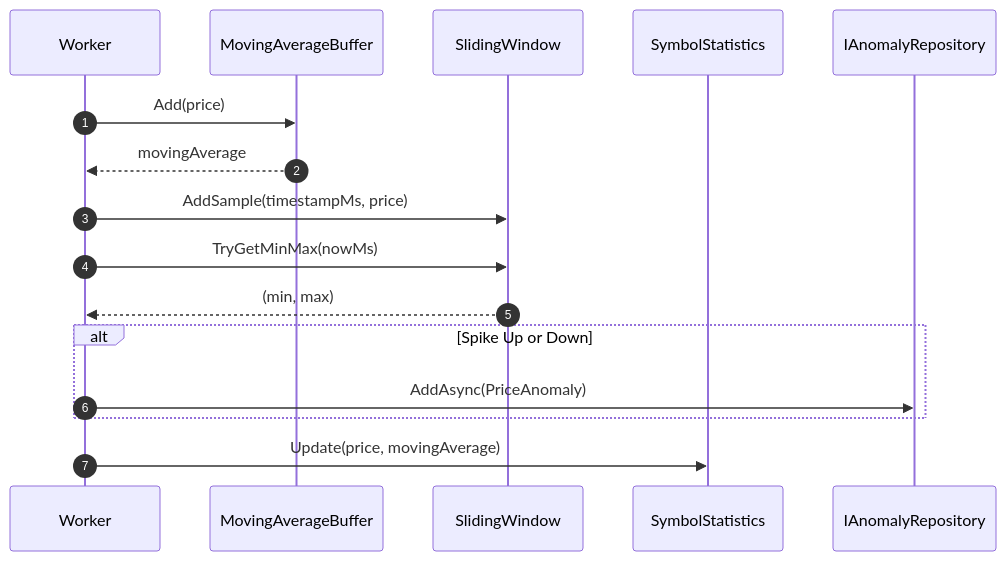
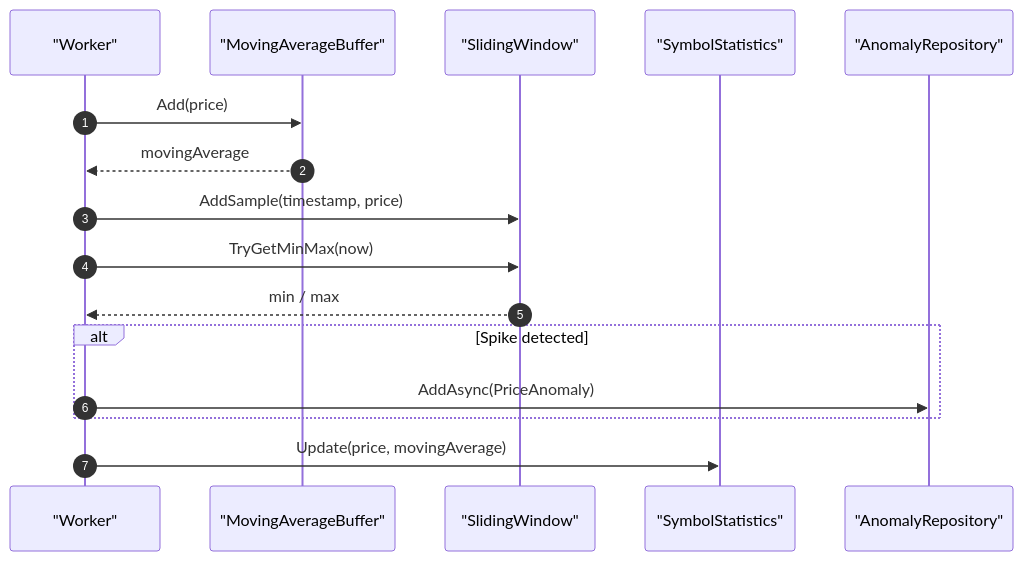
The second of 2 diagrams in docs/PERFORMANCE.md (yasserebrahimi/MarketDataSystem), drawn with Mermaid before and after one commit. The commit also changed other lines of this file and 8 other files, not shown here.

````diff
--- a/docs/PERFORMANCE.md
+++ b/docs/PERFORMANCE.md
@@ -227,21 +49,21 @@
 ```mermaid
 sequenceDiagram
     autonumber
-    participant W as Worker
-    participant MA as MovingAverageBuffer
-    participant SW as SlidingWindow
-    participant ST as SymbolStatistics
-    participant AR as IAnomalyRepository
+    participant W as "Worker"
+    participant MA as "MovingAverageBuffer"
+    participant SW as "SlidingWindow"
+    participant ST as "SymbolStatistics"
+    participant AR as "AnomalyRepository"
 
     W->>MA: Add(price)
     MA-->>W: movingAverage
-    W->>SW: AddSample(timestampMs, price)
-    W->>SW: TryGetMinMax(nowMs)
-    SW-->>W: (min, max)
+    W->>SW: AddSample(timestamp, price)
+    W->>SW: TryGetMinMax(now)
+    SW-->>W: min / max
 
-    alt Spike Up or Down
+    alt Spike detected
         W->>AR: AddAsync(PriceAnomaly)
     end
 
     W->>ST: Update(price, movingAverage)
 ```
````
